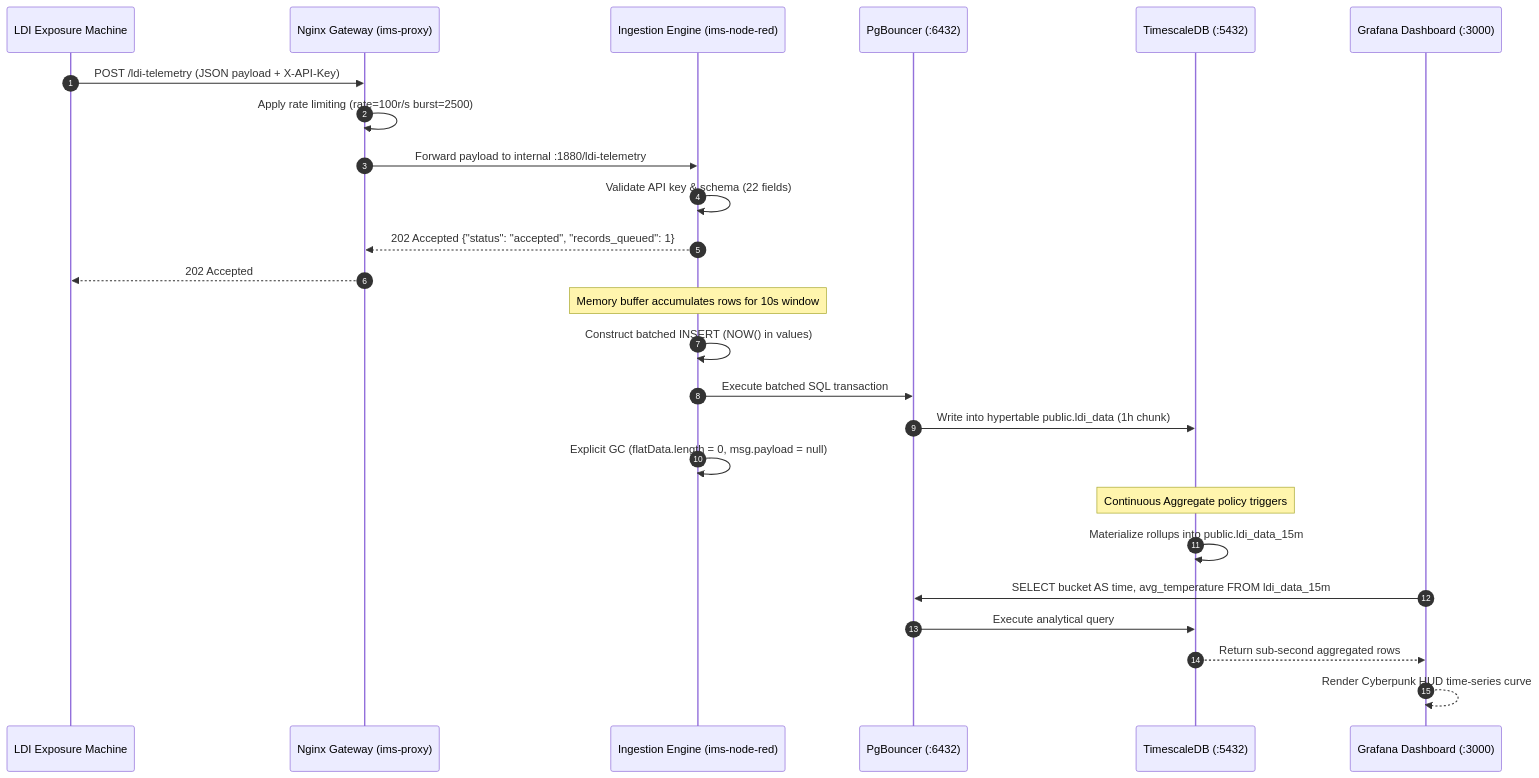
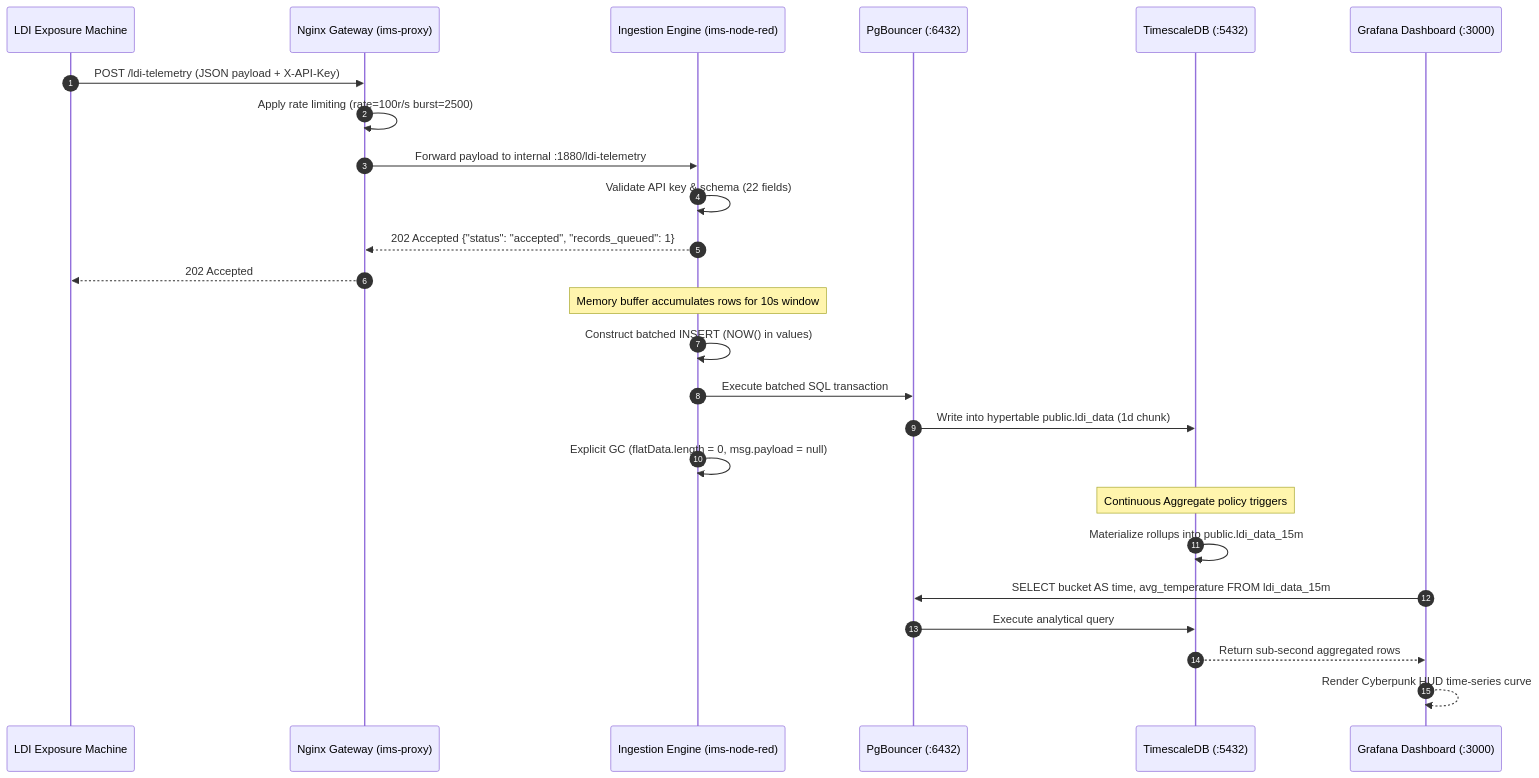
Before and after one commit to PATTANAKORN025/IMS: the fourth of 8 diagrams in docs/architecture/ARCHITECTURE_DIAGRAM.md, drawn with Mermaid. The commit also changed other lines of this file and 32 other files, not shown here.

First line of the commit message:
docs: align core documentation with live architecture, v2 schema and 22 dashboards

````diff
--- a/docs/architecture/ARCHITECTURE_DIAGRAM.md
+++ b/docs/architecture/ARCHITECTURE_DIAGRAM.md
@@ -185,31 +185,31 @@
 ```mermaid
 sequenceDiagram
   autonumber
   participant Machine as LDI Exposure Machine
   participant Proxy as Nginx Gateway (ims-proxy)
   participant NodeRed as Ingestion Engine (ims-node-red)
   participant PgBouncer as PgBouncer (:6432)
   participant TimescaleDB as TimescaleDB (:5432)
   participant Grafana as Grafana Dashboard (:3000)
 
   Machine->>Proxy: POST /ldi-telemetry (JSON payload + X-API-Key)
   Proxy->>Proxy: Apply rate limiting (rate=100r/s burst=2500)
   Proxy->>NodeRed: Forward payload to internal :1880/ldi-telemetry
   NodeRed->>NodeRed: Validate API key & schema (22 fields)
   NodeRed-->>Proxy: 202 Accepted {"status": "accepted", "records_queued": 1}
   Proxy-->>Machine: 202 Accepted
 
   Note over NodeRed: Memory buffer accumulates rows for 10s window
   NodeRed->>NodeRed: Construct batched INSERT (NOW() in values)
   NodeRed->>PgBouncer: Execute batched SQL transaction
-  PgBouncer->>TimescaleDB: Write into hypertable public.ldi_data (1h chunk)
+  PgBouncer->>TimescaleDB: Write into hypertable public.ldi_data (1d chunk)
   NodeRed->>NodeRed: Explicit GC (flatData.length = 0, msg.payload = null)
 
   Note over TimescaleDB: Continuous Aggregate policy triggers
   TimescaleDB->>TimescaleDB: Materialize rollups into public.ldi_data_15m
 
   Grafana->>PgBouncer: SELECT bucket AS time, avg_temperature FROM ldi_data_15m
   PgBouncer->>TimescaleDB: Execute analytical query
   TimescaleDB-->>Grafana: Return sub-second aggregated rows
   Grafana-->>Grafana: Render Cyberpunk HUD time-series curve
 ```
````
